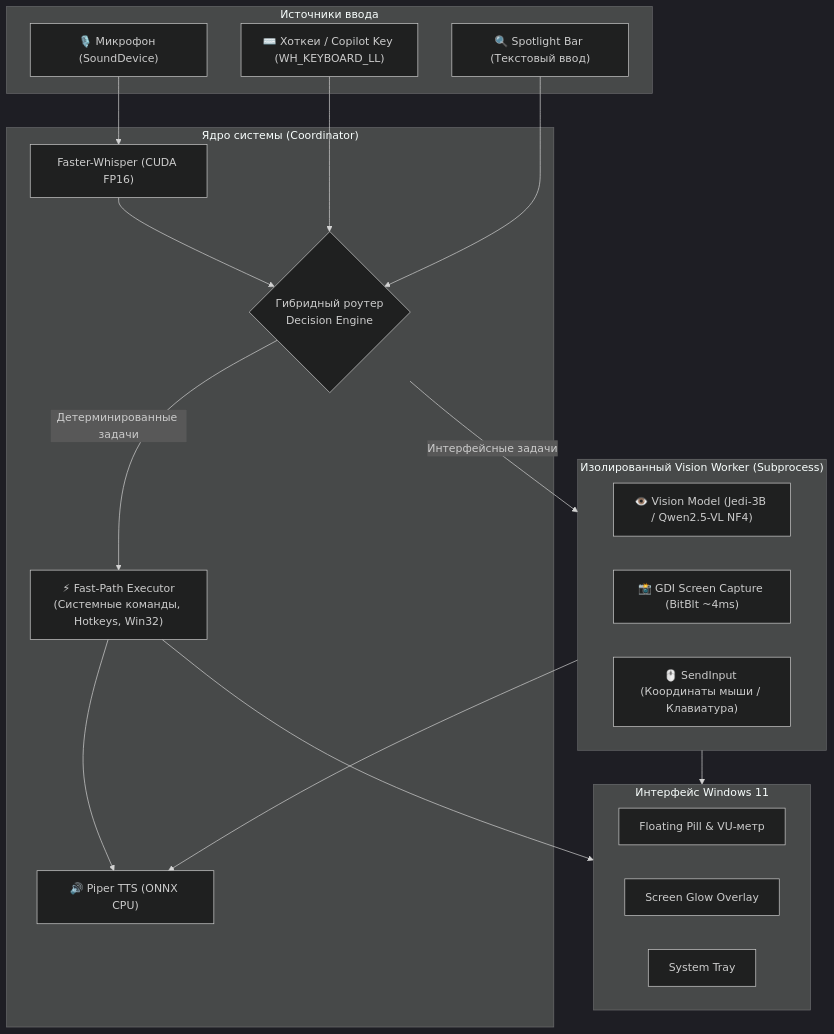
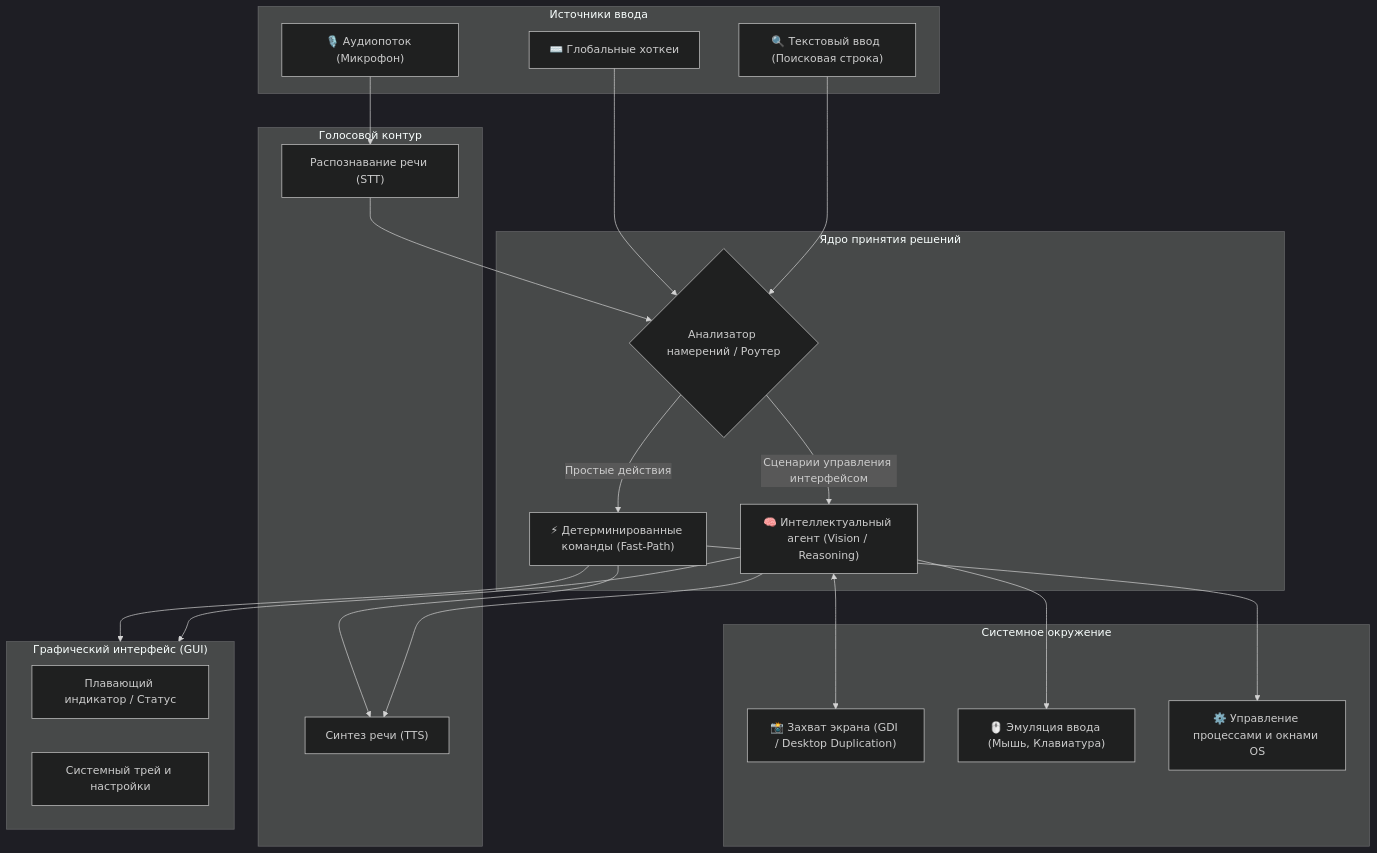
Before and after one commit to Gupkagrop/GupkaCommander: the diagram in README.md, drawn with Mermaid (dark theme). The commit also changed other lines of this file, not shown here.

````diff
--- a/README.md
+++ b/README.md
@@ -44,40 +45,47 @@
 ```mermaid
 flowchart TD
-    subgraph Inputs["Источники ввода"]
-        Mic["🎙️ Микрофон (SoundDevice)"]
-        Hotkeys["⌨️ Хоткеи / Copilot Key (WH_KEYBOARD_LL)"]
-        Spotlight["🔍 Spotlight Bar (Текстовый ввод)"]
+    subgraph Ввод["Источники ввода"]
+        A1["🎙️ Аудиопоток (Микрофон)"]
+        A2["⌨️ Глобальные хоткеи"]
+        A3["🔍 Текстовый ввод (Поисковая строка)"]
     end
 
-    subgraph Core["Ядро системы (Coordinator)"]
-        STT["Faster-Whisper (CUDA FP16)"]
-        Router{"Гибридный роутер\nDecision Engine"}
-        FastPath["⚡ Fast-Path Executor\n(Системные команды, Hotkeys, Win32)"]
-        TTS["🔊 Piper TTS (ONNX CPU)"]
+    subgraph ГолосовойКонтур["Голосовой контур"]
+        B1["Распознавание речи (STT)"]
+        B2["Синтез речи (TTS)"]
     end
 
-    subgraph VisionProcess["Изолированный Vision Worker (Subprocess)"]
-        VLM["👁️ Vision Model (Jedi-3B / Qwen2.5-VL NF4)"]
-        Screen["📸 GDI Screen Capture (BitBlt ~4ms)"]
-        InputSim["🖱️ SendInput (Координаты мыши / Клавиатура)"]
+    subgraph Маршрутизация["Ядро принятия решений"]
+        C1{"Анализатор намерений / Роутер"}
+        C2["⚡ Детерминированные команды (Fast-Path)"]
+        C3["🧠 Интеллектуальный агент (Vision / Reasoning)"]
     end
 
-    subgraph GUI["Интерфейс Windows 11"]
-        Pill["Floating Pill & VU-метр"]
-        Glow["Screen Glow Overlay"]
-        Tray["System Tray"]
+    subgraph Автоматизация["Системное окружение"]
+        D1["📸 Захват экрана (GDI / Desktop Duplication)"]
+        D2["🖱️ Эмуляция ввода (Мышь, Клавиатура)"]
+        D3["⚙️ Управление процессами и окнами OS"]
     end
 
-    Mic --> STT
-    Hotkeys --> Router
-    Spotlight --> Router
-    STT --> Router
+    subgraph ПользовательскийИнтерфейс["Графический интерфейс (GUI)"]
+        E1["Плавающий индикатор / Статус"]
+        E2["Системный трей и настройки"]
+    end
 
-    Router -- "Детерминированные задачи" --> FastPath
-    Router -- "Интерфейсные задачи" --> VisionProcess
+    A1 --> B1
+    A2 --> C1
+    A3 --> C1
+    B1 --> C1
 
-    FastPath --> GUI
-    FastPath --> TTS
-    VisionProcess --> GUI
-    VisionProcess --> TTS
+    C1 -- Простые действия --> C2
+    C1 -- Сценарии управления интерфейсом --> C3
+
+    C2 --> D3
+    C2 --> B2
+    C2 --> ПользовательскийИнтерфейс
+
+    C3 <--> D1
+    C3 --> D2
+    C3 --> B2
+    C3 --> ПользовательскийИнтерфейс
 ```
````
